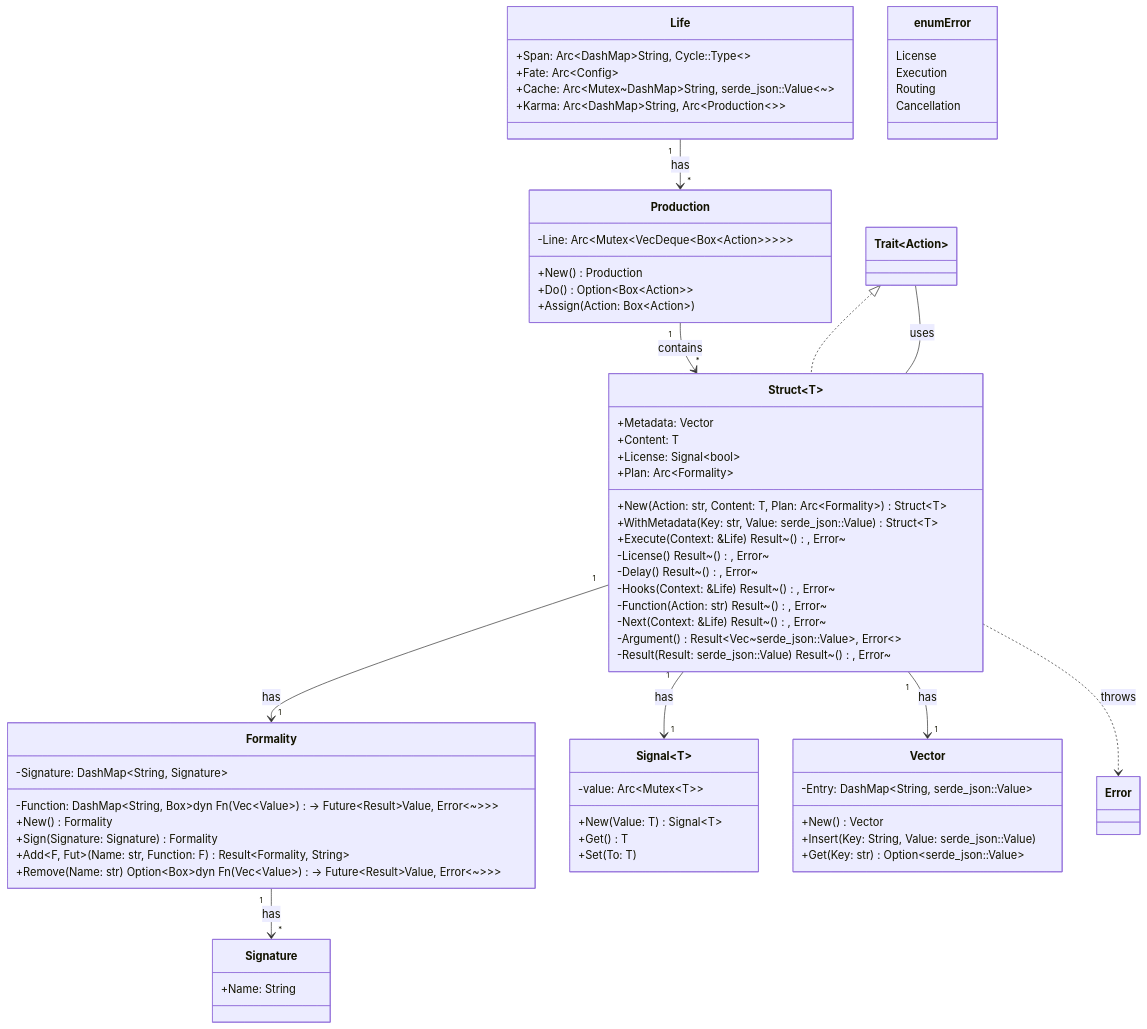
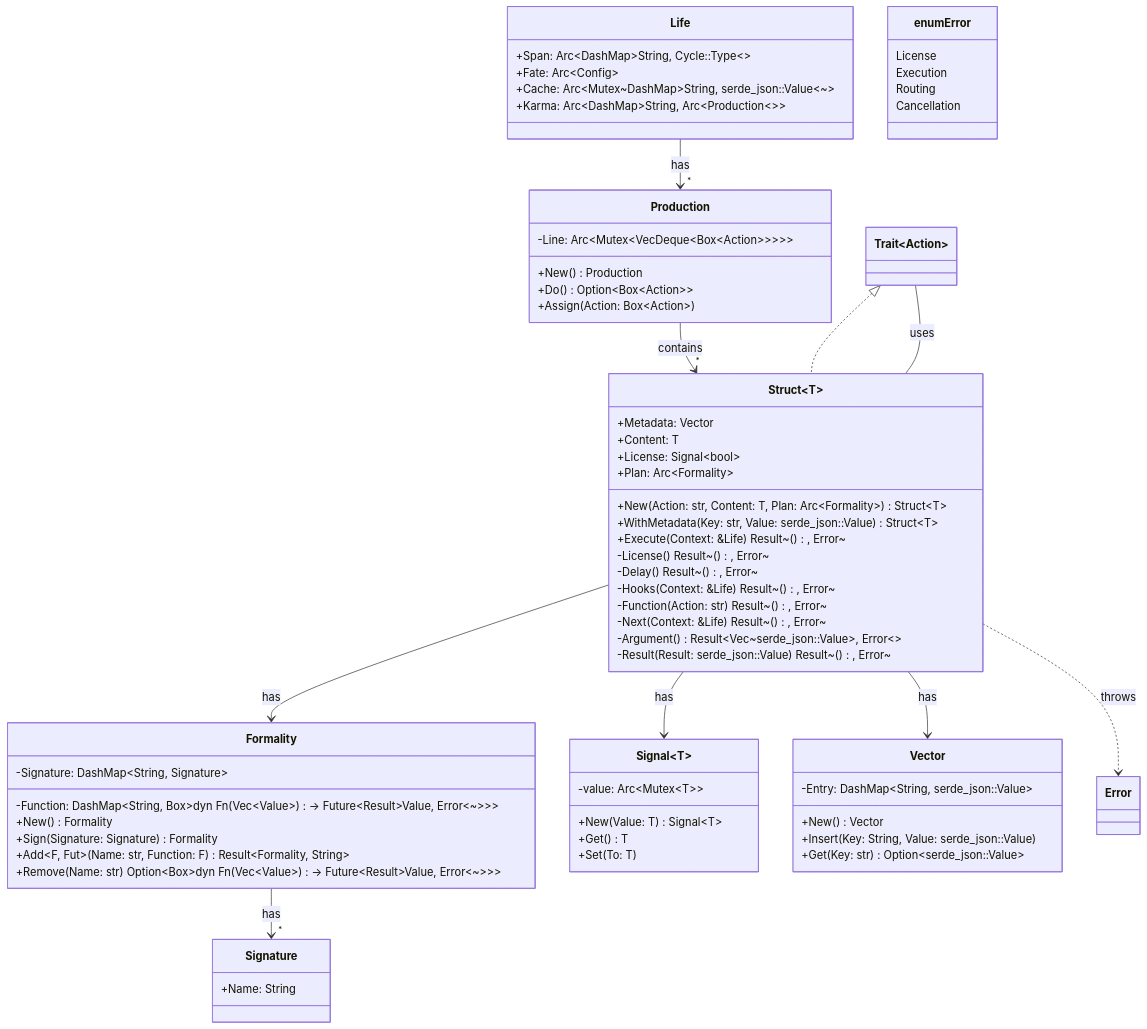
The first of 2 diagrams in README.md (CodeEditorLand/Echo), drawn with Mermaid before and after one commit.

````diff
--- a/README.md
+++ b/README.md
@@ -160,77 +160,77 @@
 ```mermaid
 classDiagram
     class Struct~T~ {
         +Metadata: Vector
         +Content: T
         +License: Signal~bool~
         +Plan: Arc~Formality~
         +New(Action: str, Content: T, Plan: Arc~Formality~) Struct~T~
         +WithMetadata(Key: str, Value: serde_json::Value) Struct~T~
         +Execute(Context: &Life) Result~(), Error~
         -License() Result~(), Error~
         -Delay() Result~(), Error~
         -Hooks(Context: &Life) Result~(), Error~
         -Function(Action: str) Result~(), Error~
         -Next(Context: &Life) Result~(), Error~
         -Argument() Result~Vec~serde_json::Value~, Error~~
         -Result(Result: serde_json::Value) Result~(), Error~
     }
 
     class Life {
         +Span: Arc~DashMap~String, Cycle::Type~~
         +Fate: Arc~Config~
         +Cache: Arc~Mutex~DashMap~String, serde_json::Value~~~
         +Karma: Arc~DashMap~String, Arc~Production~~~
     }
 
     class Formality {
         -Signature: DashMap~String, Signature~
         -Function: DashMap~String, Box~dyn Fn(Vec~Value~) -> Future~Result~Value, Error~~>>~
         +New() Formality
         +Sign(Signature: Signature) Formality
         +Add~F, Fut~(Name: str, Function: F) Result~Formality, String~
         +Remove(Name: str) Option~Box~dyn Fn(Vec~Value~) -> Future~Result~Value, Error~~>>~
     }
 
     class Production {
         -Line: Arc~Mutex~VecDeque~Box~Action~~~>~
         +New() Production
         +Do() Option~Box~Action~~
         +Assign(Action: Box~Action~)
     }
 
     class Signal~T~ {
         -value: Arc~Mutex~T~~
         +New(Value: T) Signal~T~
         +Get() T
         +Set(To: T)
     }
 
     class Vector {
         -Entry: DashMap~String, serde_json::Value~
         +New() Vector
         +Insert(Key: String, Value: serde_json::Value)
         +Get(Key: str) Option~serde_json::Value~
     }
 
     class Signature {
         +Name: String
     }
 
     class enum Error {
         License
         Execution
         Routing
         Cancellation
     }
 
-    Struct~T~ "1" --> "1" Vector : has
-    Struct~T~ "1" --> "1" Signal : has
-    Struct~T~ "1" --> "1" Formality : has
-    Life "1" --> "*" Production : has
-    Production "1" --> "*" Struct~T~ : contains
-    Formality "1" --> "*" Signature: has
+    Struct~T~  -->  Vector : has
+    Struct~T~  -->  Signal : has
+    Struct~T~  -->  Formality : has
+    Life  --> "*" Production : has
+    Production  --> "*" Struct~T~ : contains
+    Formality  --> "*" Signature: has
     Struct~T~ ..> Error : throws
     Trait~Action~ <|.. Struct~T~
     Trait~Site~ -- Struct~T~: uses
 ```
````
